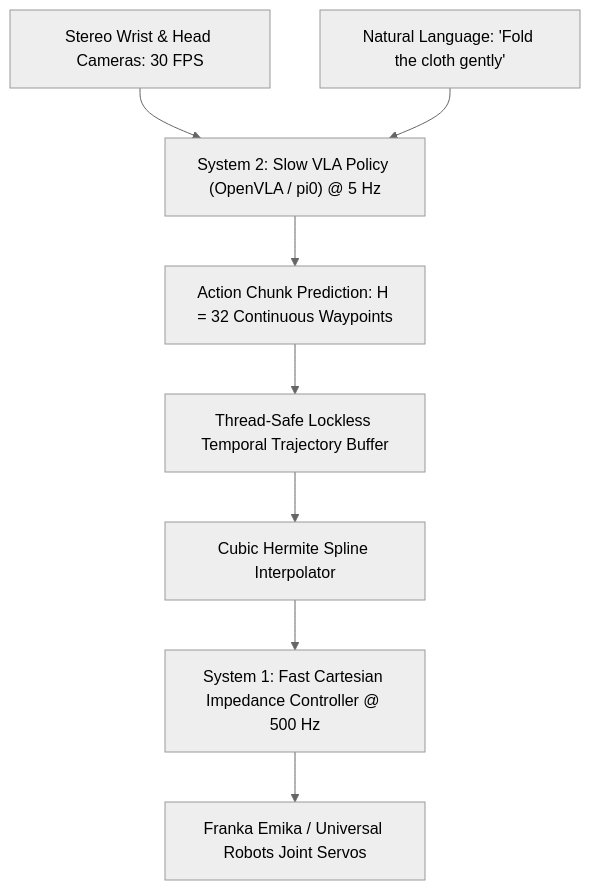
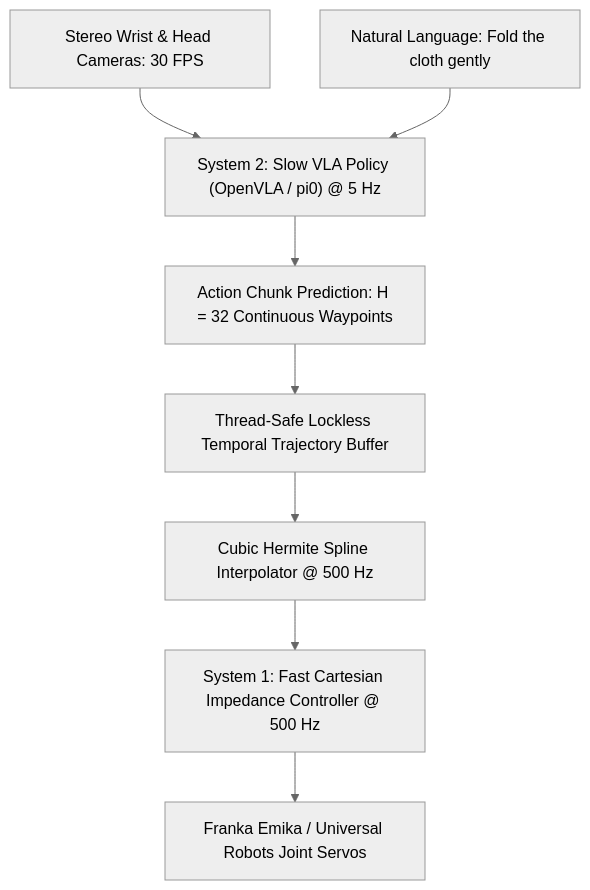
Before and after one commit to sergiomh499/cv-projects: the diagram in topics/vla-and-physical-ai-robotics/02-production-pipeline-and-workarounds.md, drawn with Mermaid (neutral theme). The commit also changed other lines of this file and 51 other files, not shown here.

````diff
--- a/topics/vla-and-physical-ai-robotics/02-production-pipeline-and-workarounds.md
+++ b/topics/vla-and-physical-ai-robotics/02-production-pipeline-and-workarounds.md
@@ -29,11 +29,10 @@
 ```mermaid
 flowchart TD
     Camera["Stereo Wrist & Head Cameras: 30 FPS"] --> VLA["System 2: Slow VLA Policy (OpenVLA / pi0) @ 5 Hz"]
-    TaskPrompt["Natural Language: 'Fold the cloth gently'"] --> VLA
+    TaskPrompt["Natural Language: Fold the cloth gently"] --> VLA
     VLA --> Chunk["Action Chunk Prediction: H = 32 Continuous Waypoints"]
     Chunk --> TemporalQueue["Thread-Safe Lockless Temporal Trajectory Buffer"]
-    TemporalQueue --> Spline["Cubic Hermite Spline Interpolator"]
+    TemporalQueue --> Spline["Cubic Hermite Spline Interpolator @ 500 Hz"]
     Spline --> LowLevel["System 1: Fast Cartesian Impedance Controller @ 500 Hz"]
     LowLevel --> RobotHardware["Franka Emika / Universal Robots Joint Servos"]
-
 ```
````
